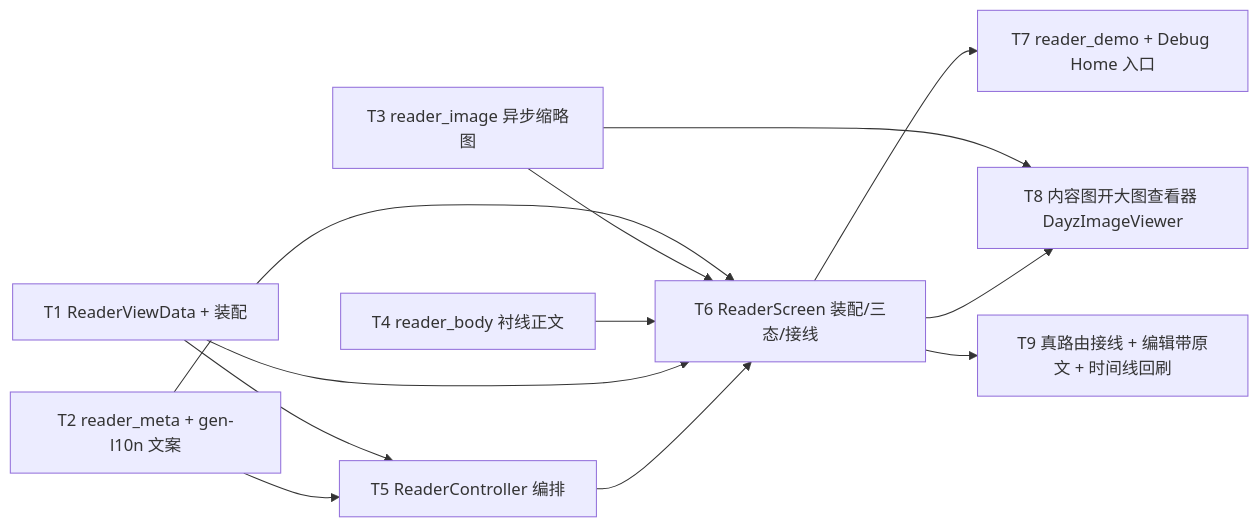
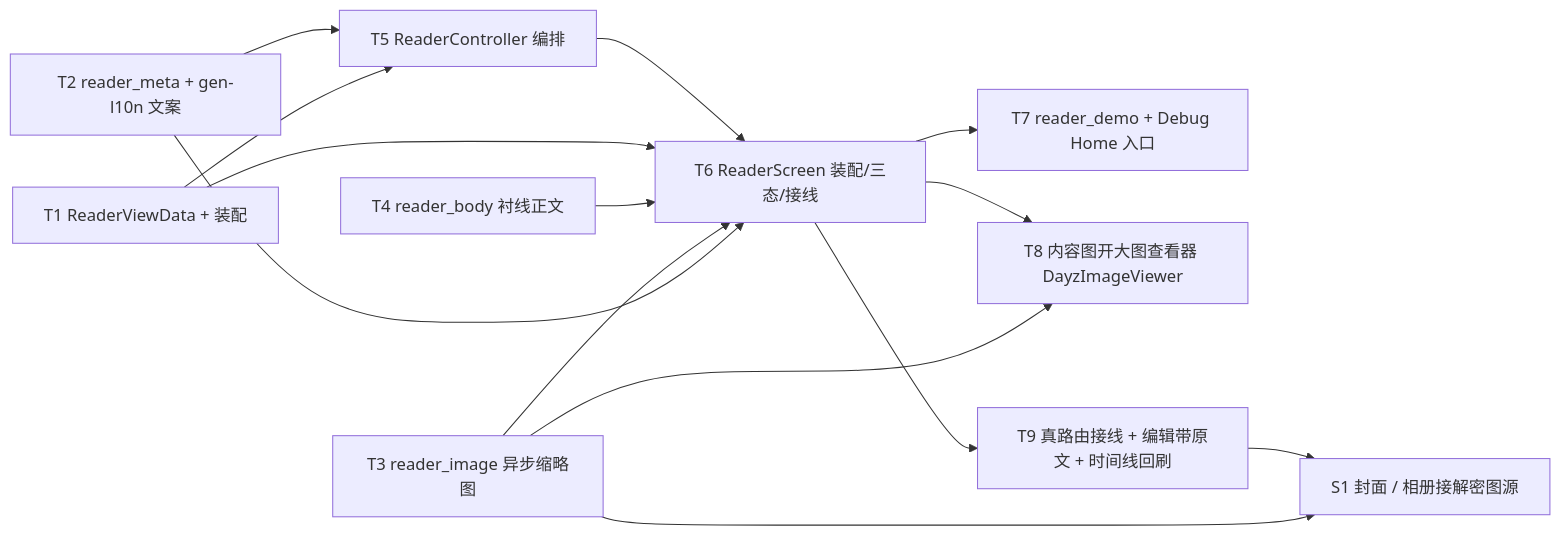
Before and after one commit to cr1992/DayZ: the diagram in specs/active/reader-screen/tasks.md, drawn with Mermaid. The commit also changed other lines of this file and 6 other files, not shown here.

Commit message:
feat(reader): S1 阅读路由注入组合根解密图源，封面与相册真路由下出图

````diff
--- a/specs/active/reader-screen/tasks.md
+++ b/specs/active/reader-screen/tasks.md
@@ -13,14 +13,16 @@
 ```mermaid
 graph LR
   T1[T1 ReaderViewData + 装配] --> T5[T5 ReaderController 编排]
   T2[T2 reader_meta + gen-l10n 文案] --> T6[T6 ReaderScreen 装配/三态/接线]
   T3[T3 reader_image 异步缩略图] --> T6
   T4[T4 reader_body 衬线正文] --> T6
   T1 --> T6
   T2 --> T5
   T5 --> T6
   T6 --> T7[T7 reader_demo + Debug Home 入口]
   T3 --> T8[T8 内容图开大图查看器 DayzImageViewer]
   T6 --> T8
   T6 --> T9[T9 真路由接线 + 编辑带原文 + 时间线回刷]
+  T3 --> S1[S1 封面 / 相册接解密图源]
+  T9 --> S1
 ```
````
